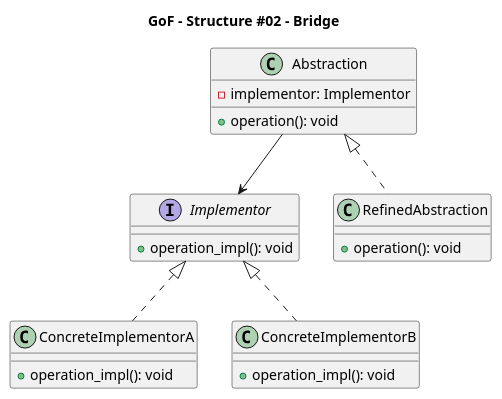
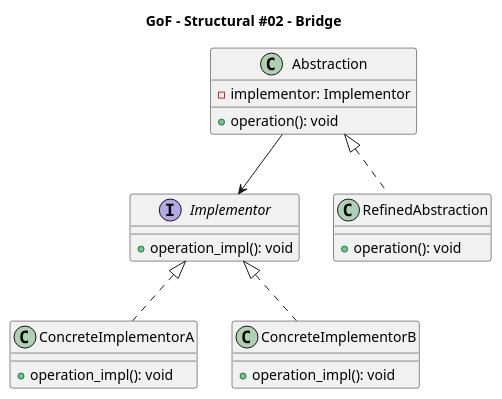
Before and after one commit to Takayoshi-Matsuyama/design_patterns: the diagram in GoF/GoF_st02_bridge.puml, drawn with PlantUML. The commit also changed 36 other files, not shown here.

Commit message:
GoF - Class Diagrams

```diff
--- a/GoF/GoF_st02_bridge.puml
+++ b/GoF/GoF_st02_bridge.puml
@@ -1,46 +1,46 @@
 @startuml gof_bridge
 
 'Copyright 2026 Takayoshi Matsuyama
 '
 'Licensed under the Apache License, Version 2.0 (the "License");
 'you may not use this file except in compliance with the License.
 'You may obtain a copy of the License at
 '
 '    http://www.apache.org/licenses/LICENSE-2.0
 '
 'Unless required by applicable law or agreed to in writing, software
 'distributed under the License is distributed on an "AS IS" BASIS,
 'WITHOUT WARRANTIES OR CONDITIONS OF ANY KIND, either express or implied.
 'See the License for the specific language governing permissions and
 'limitations under the License.
 
-title GoF - Structure #02 - Bridge
+title GoF - Structural #02 - Bridge
 
 interface Implementor {
     +operation_impl(): void
 }
 
 class ConcreteImplementorA {
     +operation_impl(): void
 }
 
 class ConcreteImplementorB {
     +operation_impl(): void
 }
 
 Implementor <|.. ConcreteImplementorA
 Implementor <|.. ConcreteImplementorB
 
 class Abstraction {
     -implementor: Implementor
     +operation(): void
 }
 
 class RefinedAbstraction {
     +operation(): void
 }
 
 Abstraction <|.. RefinedAbstraction
 
 Abstraction --> Implementor
 @enduml
```
